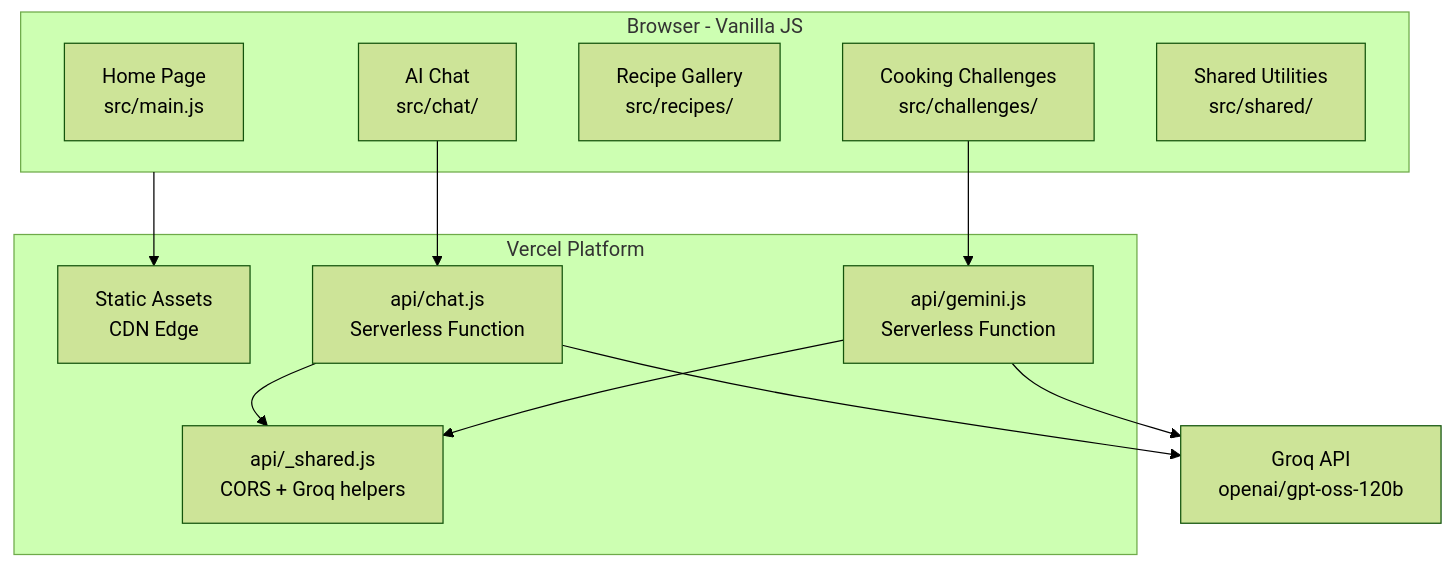
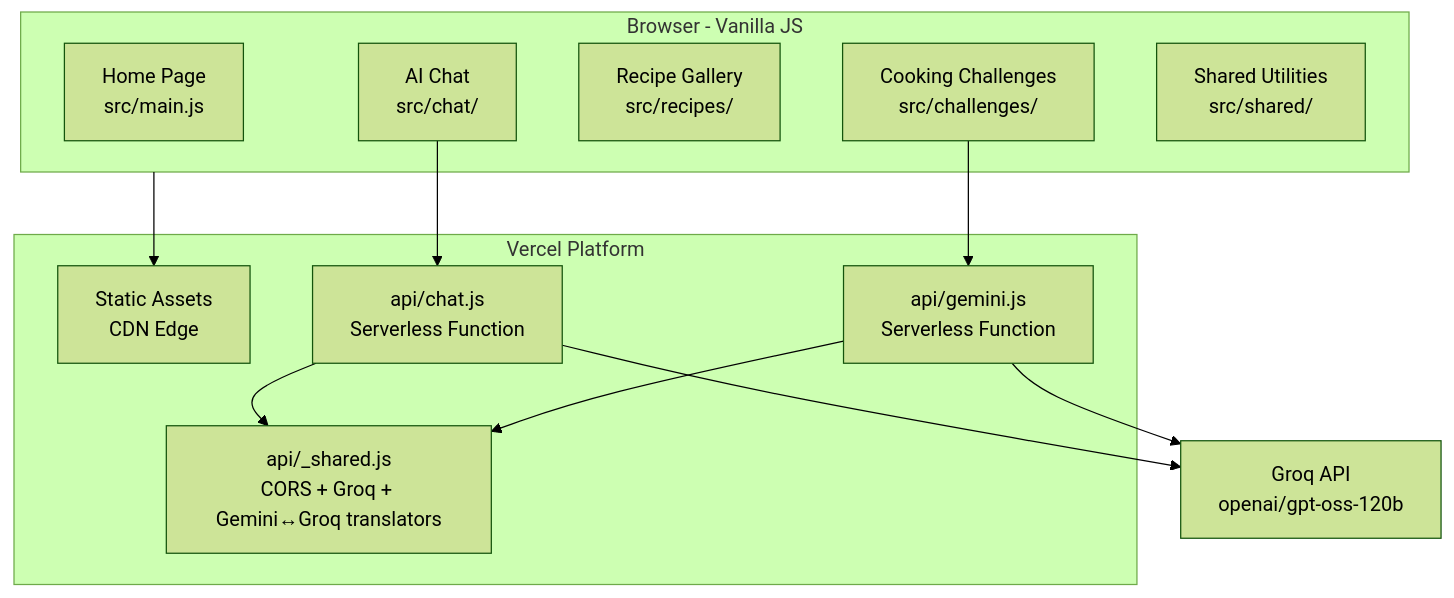
One commit to KennedySilva8907/GASTRO-AI-PAP changed the diagram in README.md. Above: the diagram before and after it, drawn with Mermaid (forest theme). The commit also changed other lines of this file and 1 other file, not shown here.

````diff
--- a/README.md
+++ b/README.md
@@ -36,27 +37,27 @@
 ```mermaid
 graph TD
     subgraph Client ["Browser - Vanilla JS"]
         Home["Home Page<br/>src/main.js"]
         Chat["AI Chat<br/>src/chat/"]
         Recipes["Recipe Gallery<br/>src/recipes/"]
         Challenges["Cooking Challenges<br/>src/challenges/"]
         Shared["Shared Utilities<br/>src/shared/"]
     end
 
     subgraph Vercel ["Vercel Platform"]
         Static["Static Assets<br/>CDN Edge"]
         ChatFn["api/chat.js<br/>Serverless Function"]
         RecipeFn["api/gemini.js<br/>Serverless Function"]
-        Shared2["api/_shared.js<br/>CORS + Groq helpers"]
+        Shared2["api/_shared.js<br/>CORS + Groq + Gemini↔Groq translators"]
     end
 
     Groq["Groq API<br/>openai/gpt-oss-120b"]
 
     Chat --> ChatFn
     Challenges --> RecipeFn
     ChatFn --> Shared2
     RecipeFn --> Shared2
     ChatFn --> Groq
     RecipeFn --> Groq
     Client --> Static
 ```
````
